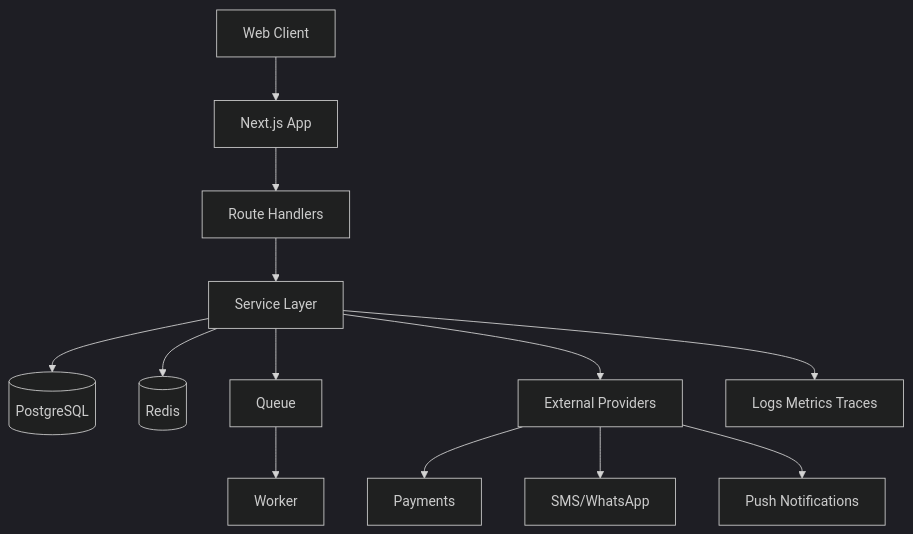
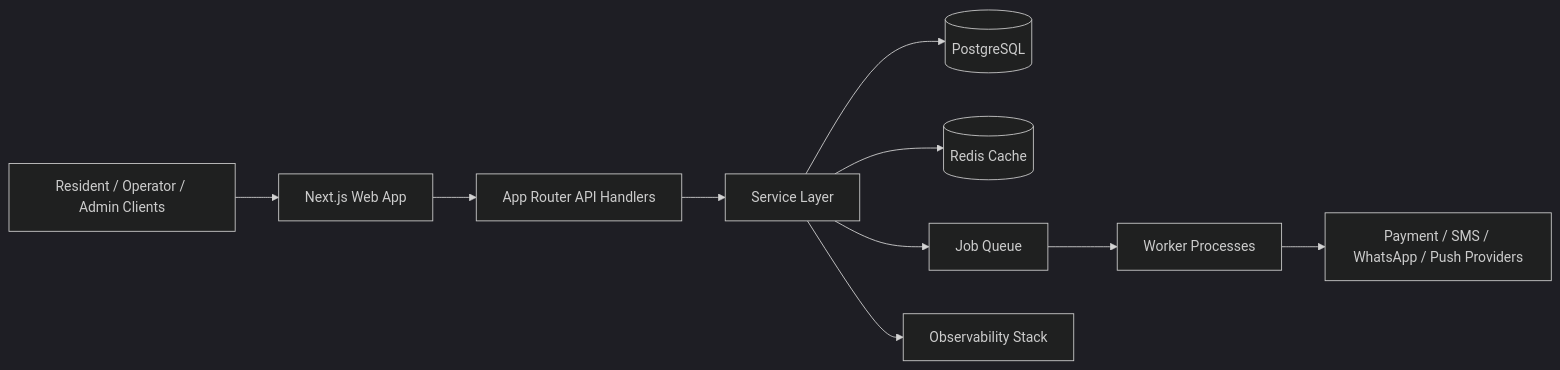
Before and after one commit to anushakandula2001/Washnpress: the diagram in washnpress-platform/docs/Architecture.md, drawn with Mermaid (dark theme). The commit also changed other lines of this file and 221 other files, not shown here.

````diff
--- a/washnpress-platform/docs/Architecture.md
+++ b/washnpress-platform/docs/Architecture.md
@@ -30,15 +150,12 @@
 ```mermaid
-flowchart TB
-  C[Web Client] --> W[Next.js App]
-  W --> R[Route Handlers]
-  R --> S[Service Layer]
-  S --> DB[(PostgreSQL)]
-  S --> REDIS[(Redis)]
-  S --> MQ[Queue]
-  MQ --> WK[Worker]
-  S --> EXT[External Providers]
-  EXT --> PAY[Payments]
-  EXT --> MSG[SMS/WhatsApp]
-  EXT --> PUSH[Push Notifications]
-  S --> OBS[Logs Metrics Traces]
+flowchart LR
+  U[Resident / Operator / Admin Clients] --> N[Next.js Web App]
+  N --> A[App Router API Handlers]
+  A --> S[Service Layer]
+  S --> D[(PostgreSQL)]
+  S --> C[(Redis Cache)]
+  S --> Q[Job Queue]
+  Q --> W[Worker Processes]
+  W --> P[Payment / SMS / WhatsApp / Push Providers]
+  S --> O[Observability Stack]
 ```
````
